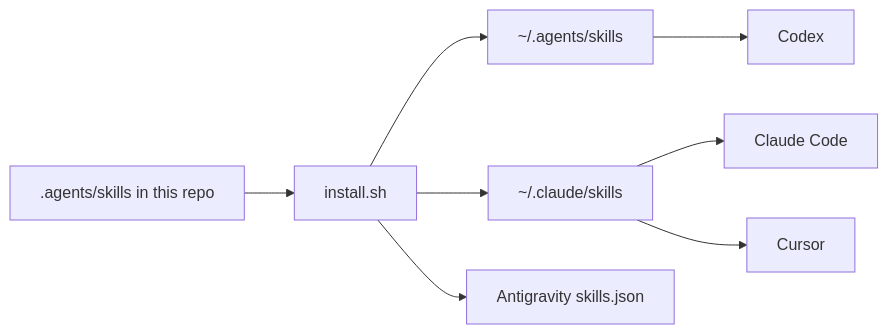
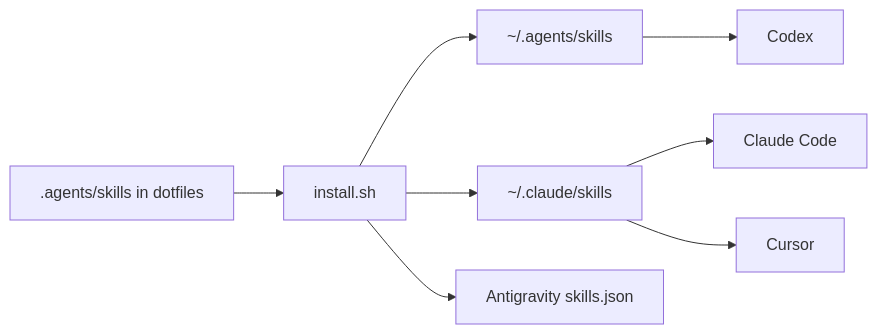
The first of 4 diagrams in README.md (mingster/dotfiles), drawn with Mermaid before and after one commit. The commit also changed other lines of this file, not shown here.

````diff
--- a/README.md
+++ b/README.md
@@ -31,10 +25,10 @@
 ```mermaid
 flowchart LR
-    repo[".agents/skills in this repo"] --> install["install.sh"]
+    repo[".agents/skills in dotfiles"] --> install["install.sh"]
     install --> agents["~/.agents/skills"]
     install --> claude["~/.claude/skills"]
     agents --> codex[Codex]
     claude --> cc[Claude Code]
     claude --> cursor[Cursor]
     install --> gem["Antigravity skills.json"]
 ```
````
